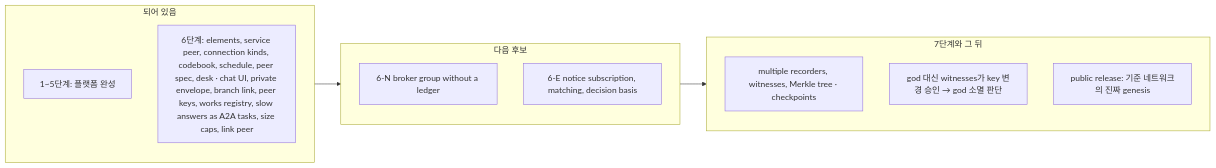
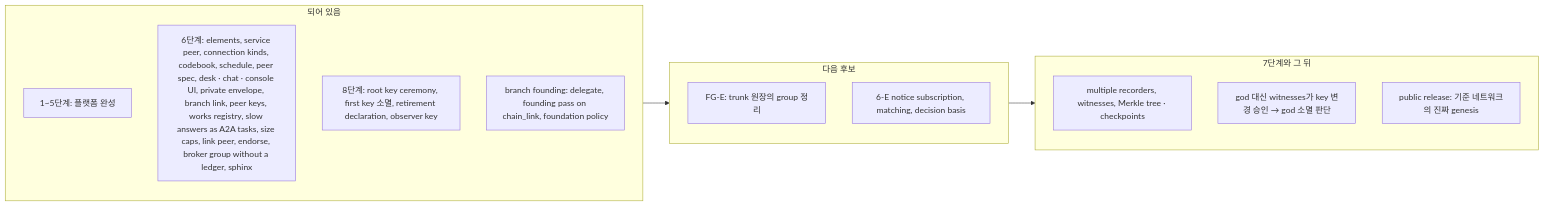
Diagram 35 of 35 in docs/education.md (tanminkwan/share-ur-tokens), drawn with Mermaid before and after one commit. The commit also changed other lines of this file and 3 other files, not shown here.

````diff
--- a/docs/education.md
+++ b/docs/education.md
@@ -910,17 +926,19 @@
 ```mermaid
 flowchart LR
     subgraph NOW["되어 있음"]
         N1["1~5단계: 플랫폼 완성"]
-        N2["6단계: elements, service peer, connection kinds, codebook, schedule, peer spec, desk · chat UI, private envelope, branch link, peer keys, works registry, slow answers as A2A tasks, size caps, link peer"]
+        N2["6단계: elements, service peer, connection kinds, codebook, schedule, peer spec, desk · chat · console UI, private envelope, branch link, peer keys, works registry, slow answers as A2A tasks, size caps, link peer, endorse, broker group without a ledger, sphinx"]
+        N3["8단계: root key ceremony, first key 소멸, retirement declaration, observer key"]
+        N4["branch founding: delegate, founding pass on chain_link, foundation policy"]
     end
     subgraph NEXT["다음 후보"]
-        X2["6-N broker group without a ledger"]
+        X2["FG-E: trunk 원장의 group 정리"]
         X3["6-E notice subscription, matching, decision basis"]
     end
     subgraph LATER["7단계와 그 뒤"]
         L1["multiple recorders, witnesses, Merkle tree · checkpoints"]
         L2["god 대신 witnesses가 key 변경 승인 → god 소멸 판단"]
         L3["public release: 기준 네트워크의 진짜 genesis"]
     end
     NOW --> NEXT --> LATER
 ```
````
